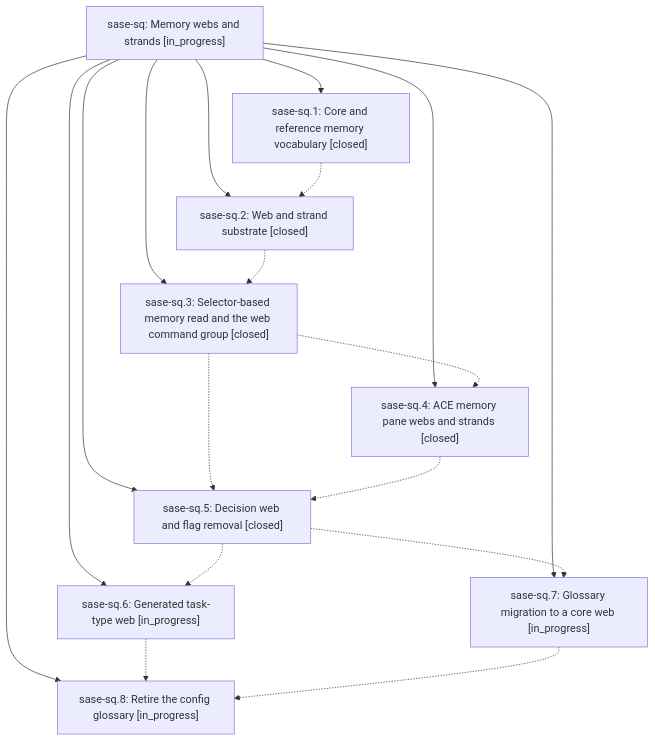
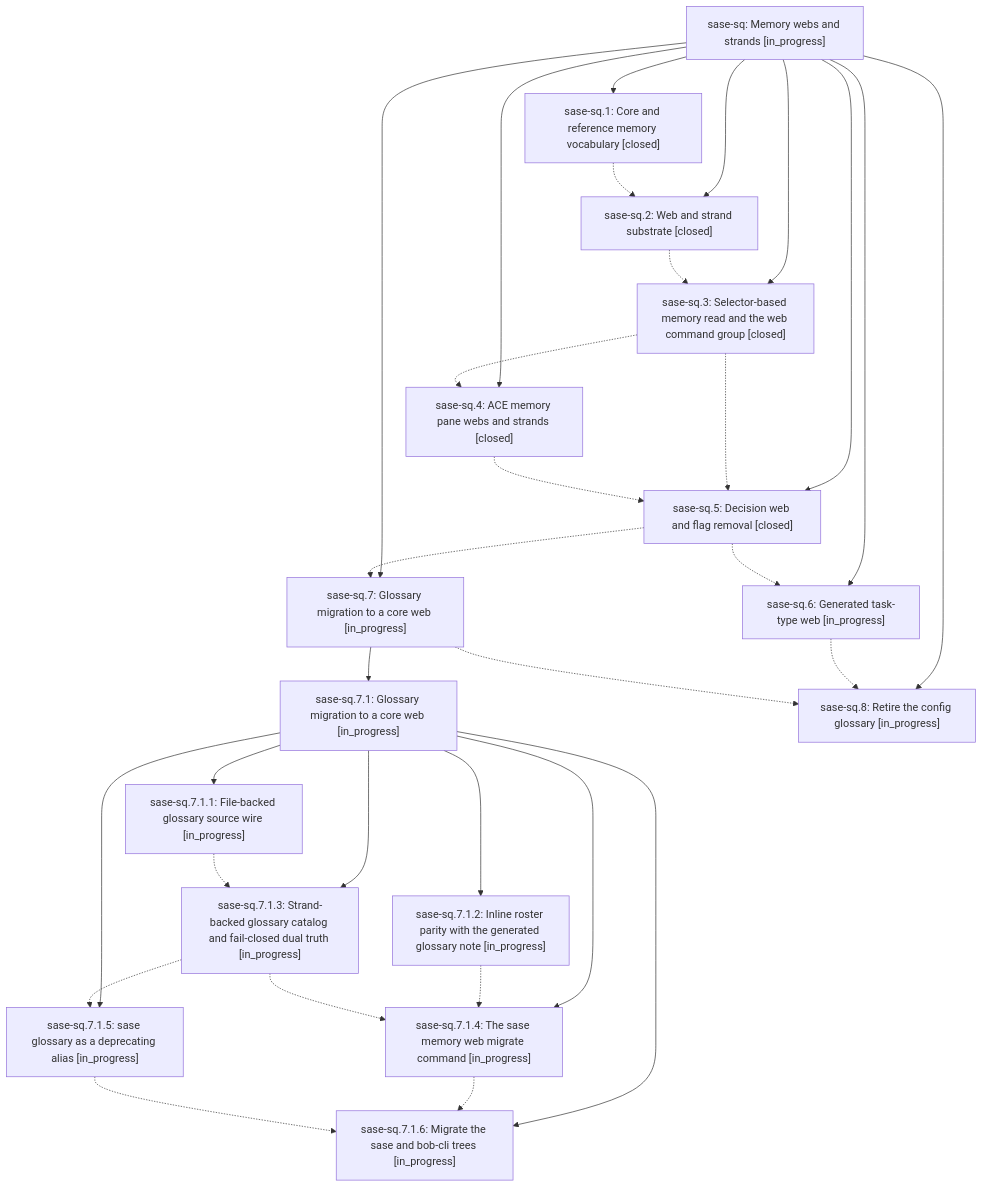
Before and after one commit to sase-org/sase--beads: the diagram in pages/sase-sq/README.md, drawn with Mermaid. The commit also changed other lines of this file and 8 other files, not shown here.

````diff
--- a/pages/sase-sq/README.md
+++ b/pages/sase-sq/README.md
@@ -33,29 +33,49 @@
 ```mermaid
 flowchart TD
     n0["sase-sq: Memory webs and strands [in_progress]"]
     n1["sase-sq.1: Core and reference memory vocabulary [closed]"]
     n2["sase-sq.2: Web and strand substrate [closed]"]
     n3["sase-sq.3: Selector-based memory read and the web command group [closed]"]
     n4["sase-sq.4: ACE memory pane webs and strands [closed]"]
     n5["sase-sq.5: Decision web and flag removal [closed]"]
     n6["sase-sq.6: Generated task-type web [in_progress]"]
     n7["sase-sq.7: Glossary migration to a core web [in_progress]"]
-    n8["sase-sq.8: Retire the config glossary [in_progress]"]
+    n8["sase-sq.7.1: Glossary migration to a core web [in_progress]"]
+    n9["sase-sq.7.1.1: File-backed glossary source wire [in_progress]"]
+    n10["sase-sq.7.1.2: Inline roster parity with the generated glossary note [in_progress]"]
+    n11["sase-sq.7.1.3: Strand-backed glossary catalog and fail-closed dual truth [in_progress]"]
+    n12["sase-sq.7.1.4: The sase memory web migrate command [in_progress]"]
+    n13["sase-sq.7.1.5: sase glossary as a deprecating alias [in_progress]"]
+    n14["sase-sq.7.1.6: Migrate the sase and bob-cli trees [in_progress]"]
+    n15["sase-sq.8: Retire the config glossary [in_progress]"]
     n0 --> n1
     n0 --> n2
     n0 --> n3
     n0 --> n4
     n0 --> n5
     n0 --> n6
     n0 --> n7
-    n0 --> n8
+    n7 --> n8
+    n8 --> n9
+    n8 --> n10
+    n8 --> n11
+    n8 --> n12
+    n8 --> n13
+    n8 --> n14
+    n0 --> n15
     n1 -.-> n2
     n2 -.-> n3
     n3 -.-> n4
     n3 -.-> n5
     n4 -.-> n5
     n5 -.-> n6
     n5 -.-> n7
-    n6 -.-> n8
-    n7 -.-> n8
+    n6 -.-> n15
+    n7 -.-> n15
+    n9 -.-> n11
+    n10 -.-> n12
+    n11 -.-> n12
+    n11 -.-> n13
+    n12 -.-> n14
+    n13 -.-> n14
 ```
````
